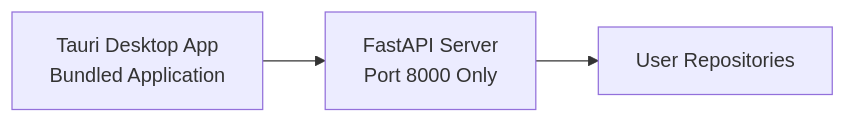
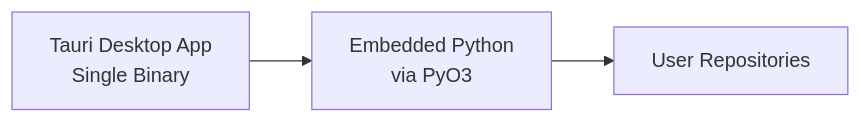
The fourth of 4 diagrams in docs/architecture/overview.md (boost-edu-tools/gitinspectorgui), drawn with Mermaid before and after one commit. The commit also changed other lines of this file and 7 other files, not shown here.

First line of the commit message:
docs: redesign documentation for PyO3 architecture

````diff
--- a/docs/architecture/overview.md
+++ b/docs/architecture/overview.md
@@ -132,5 +139,5 @@
 ```mermaid
 graph LR
-    A[Tauri Desktop App<br/>Bundled Application] --> B[FastAPI Server<br/>Port 8000 Only]
+    A[Tauri Desktop App<br/>Single Binary] --> B[Embedded Python<br/>via PyO3]
     B --> C[User Repositories]
 ```
````
